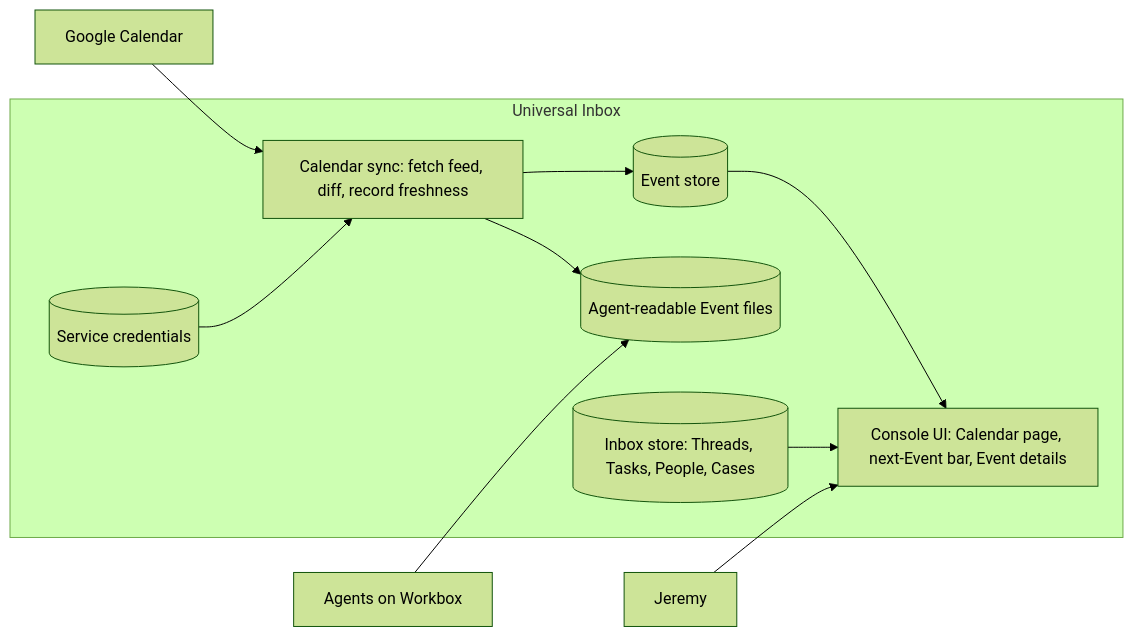
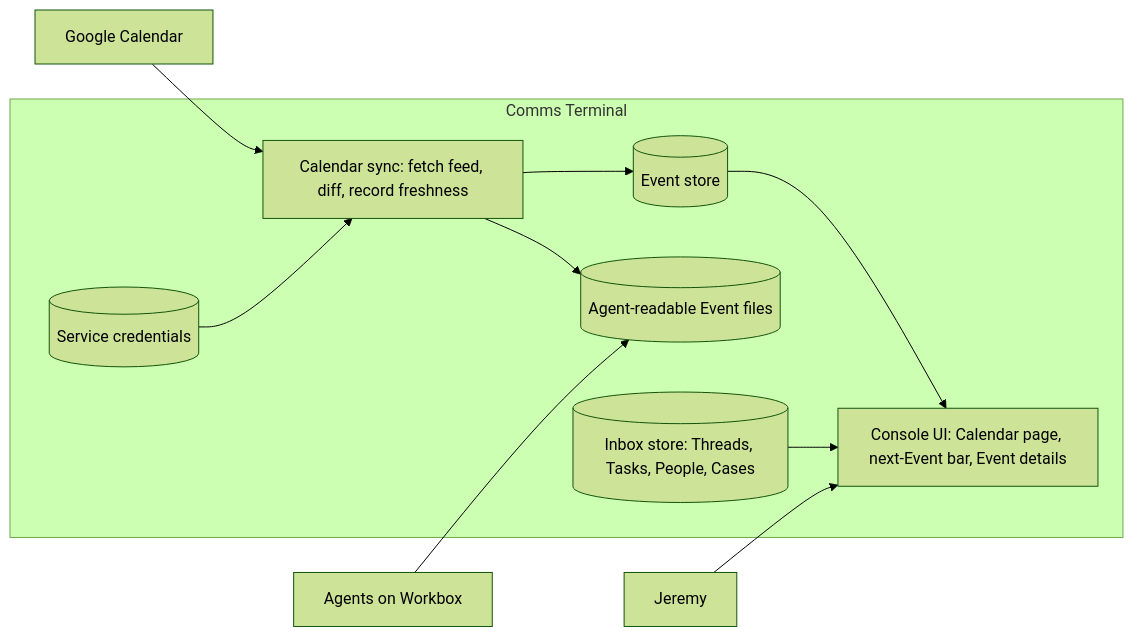
One commit to JMLegere/comms-terminal changed the fourth of 5 diagrams in .agents/discovery/2026-10-20-calendar.md. Above: the diagram before and after it, drawn with Mermaid (forest theme). The commit also changed other lines of this file and 181 other files, not shown here.

First line of the commit message:
Rename: Universal Inbox is now Comms Terminal

````diff
--- a/.agents/discovery/2026-10-20-calendar.md
+++ b/.agents/discovery/2026-10-20-calendar.md
@@ -329,19 +329,19 @@
 ```mermaid
 flowchart LR
-  subgraph UI[Universal Inbox]
+  subgraph UI[Comms Terminal]
     SYNC[Calendar sync: fetch feed, diff, record freshness]
     STORE[(Event store)]
     FILES[(Agent-readable Event files)]
     INBOX[(Inbox store: Threads, Tasks, People, Cases)]
     CONSOLE[Console UI: Calendar page, next-Event bar, Event details]
     SECRET[(Service credentials)]
   end
   GC[Google Calendar] --> SYNC
   SECRET --> SYNC
   SYNC --> STORE
   SYNC --> FILES
   STORE --> CONSOLE
   INBOX --> CONSOLE
   AG[Agents on Workbox] --> FILES
   J[Jeremy] --> CONSOLE
 ```
````
